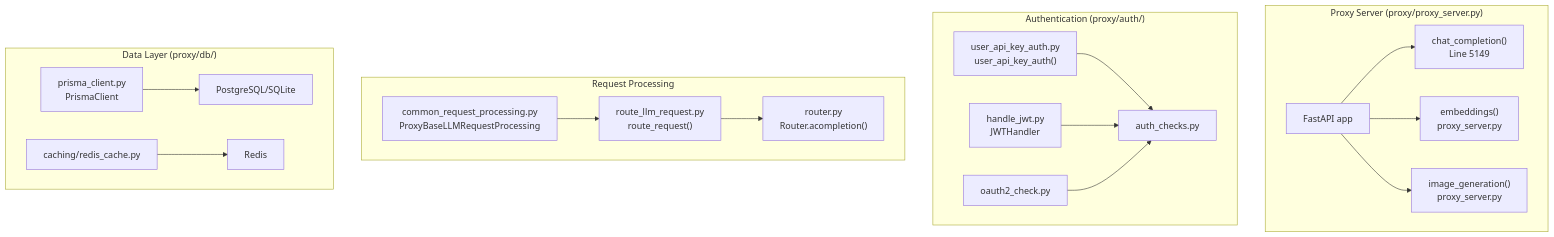
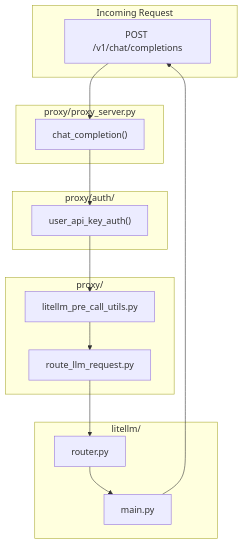
The second of 2 diagrams in ARCHITECTURE.md (BerriAI/litellm), drawn with Mermaid before and after one commit. The commit also changed other lines of this file, not shown here.

````diff
--- a/ARCHITECTURE.md
+++ b/ARCHITECTURE.md
@@ -250,24 +119,32 @@
 ```mermaid
 graph TD
-    subgraph "Proxy Server (proxy/proxy_server.py)"
-        A["FastAPI app"] --> B["chat_completion()<br/>Line 5149"]
-        A --> C["embeddings()<br/>proxy_server.py"]
-        A --> D["image_generation()<br/>proxy_server.py"]
+    subgraph "Incoming Request"
+        Client["POST /v1/chat/completions"]
     end
 
-    subgraph "Authentication (proxy/auth/)"
-        E["user_api_key_auth.py<br/>user_api_key_auth()"] --> F["auth_checks.py"]
-        G["handle_jwt.py<br/>JWTHandler"] --> F
-        H["oauth2_check.py"] --> F
+    subgraph "proxy/proxy_server.py"
+        Endpoint["chat_completion()"]
     end
 
-    subgraph "Request Processing"
-        I["common_request_processing.py<br/>ProxyBaseLLMRequestProcessing"] --> J["route_llm_request.py<br/>route_request()"]
-        J --> K["router.py<br/>Router.acompletion()"]
+    subgraph "proxy/auth/"
+        Auth["user_api_key_auth()"]
     end
 
-    subgraph "Data Layer (proxy/db/)"
-        L["prisma_client.py<br/>PrismaClient"] --> M["PostgreSQL/SQLite"]
-        N["caching/redis_cache.py"] --> O["Redis"]
+    subgraph "proxy/"
+        PreCall["litellm_pre_call_utils.py"]
+        RouteRequest["route_llm_request.py"]
     end
+
+    subgraph "litellm/"
+        Router["router.py"]
+        Main["main.py"]
+    end
+
+    Client --> Endpoint
+    Endpoint --> Auth
+    Auth --> PreCall
+    PreCall --> RouteRequest
+    RouteRequest --> Router
+    Router --> Main
+    Main --> Client
 ```
````
